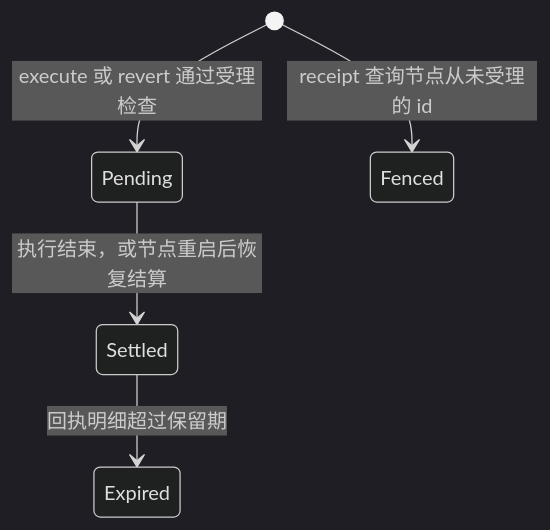
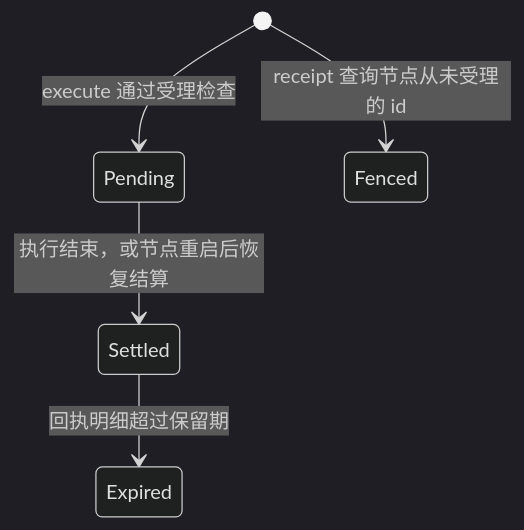
Before and after one commit to Skyline10124/lancet: the second of 2 diagrams in docs/adr/0001-lancet-protocol.md, drawn with Mermaid (dark theme). The commit also changed other lines of this file and 1 other file, not shown here.

First line of the commit message:
docs(adr): ADR 0001 删去 revert，residue 增加 NotRetained

````diff
--- a/docs/adr/0001-lancet-protocol.md
+++ b/docs/adr/0001-lancet-protocol.md
@@ -183,7 +169,7 @@
 ```mermaid
 stateDiagram-v2
-    [*] --> Pending: execute 或 revert 通过受理检查
+    [*] --> Pending: execute 通过受理检查
     [*] --> Fenced: receipt 查询节点从未受理的 id
     Pending --> Settled: 执行结束，或节点重启后恢复结算
     Settled --> Expired: 回执明细超过保留期
 ```
````
